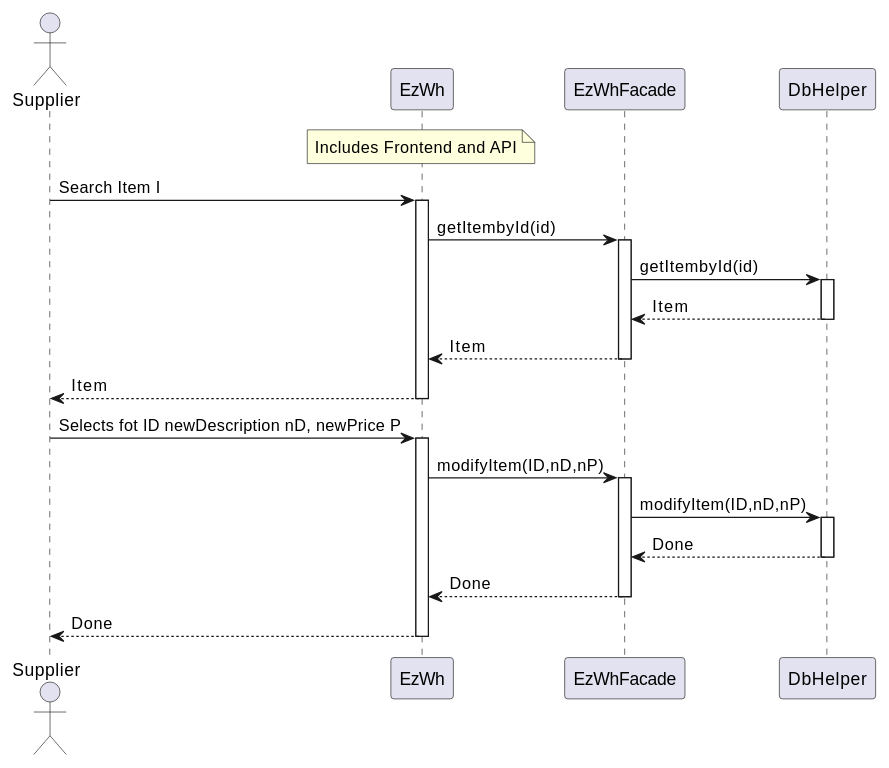
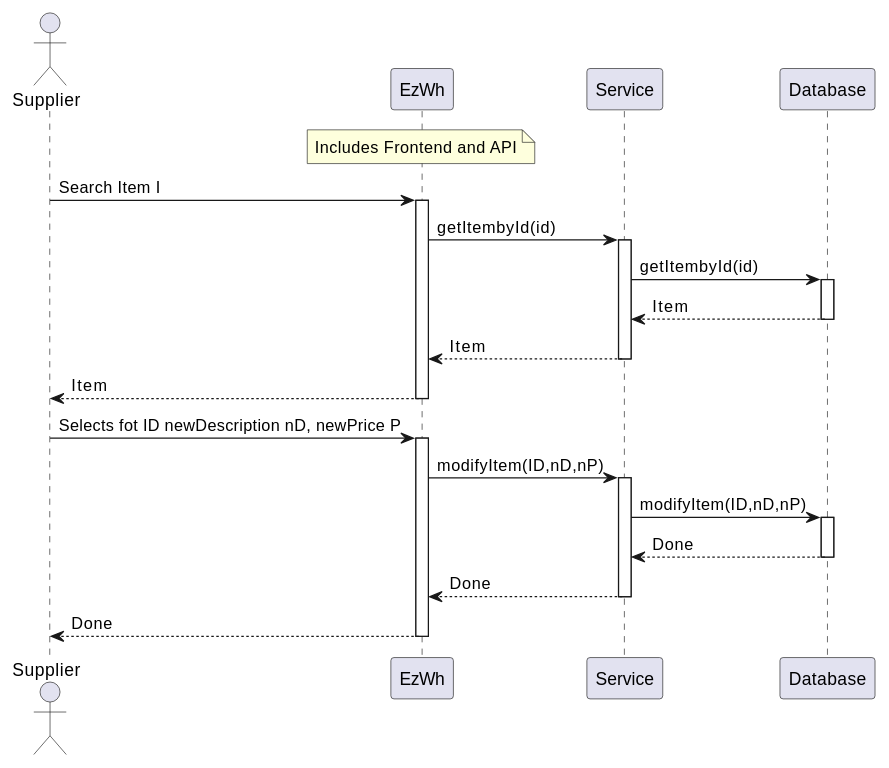
Before and after one commit to giuseppe-dandrea/EzWh: diagram 11 of 12 in DesignDocument.md, drawn with PlantUML. The commit also changed other lines of this file and 3 other files, not shown here.

````diff
--- a/DesignDocument.md
+++ b/DesignDocument.md
@@ -858,34 +851,34 @@
 ```plantuml
 actor Supplier
 participant EzWh
 note over EzWh: Includes Frontend and API
-participant EzWhFacade
-participant DbHelper
+participant Service
+participant Database
 
 
 Supplier -> EzWh: Search Item I
 activate EzWh
-EzWh -> EzWhFacade: getItembyId(id)
-activate EzWhFacade
-EzWhFacade -> DbHelper : getItembyId(id)
-activate DbHelper
-DbHelper --> EzWhFacade : Item
-deactivate DbHelper
-EzWhFacade --> EzWh : Item
-deactivate EzWhFacade
+EzWh -> Service: getItembyId(id)
+activate Service
+Service -> Database : getItembyId(id)
+activate Database
+Database --> Service : Item
+deactivate Database
+Service --> EzWh : Item
+deactivate Service
 EzWh --> Supplier : Item
 deactivate EzWh
 
 Supplier -> EzWh :Selects fot ID newDescription nD, newPrice P
 activate EzWh
-EzWh ->EzWhFacade : modifyItem(ID,nD,nP)
-activate EzWhFacade
-EzWhFacade ->DbHelper : modifyItem(ID,nD,nP)
-activate DbHelper
-DbHelper --> EzWhFacade : Done
-deactivate DbHelper
-EzWhFacade --> EzWh : Done
-deactivate EzWhFacade
+EzWh ->Service : modifyItem(ID,nD,nP)
+activate Service
+Service ->Database : modifyItem(ID,nD,nP)
+activate Database
+Database --> Service : Done
+deactivate Database
+Service --> EzWh : Done
+deactivate Service
 EzWh --> Supplier : Done
 deactivate EzWh
 ```
````
